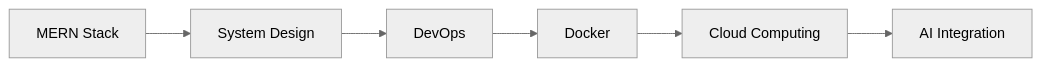
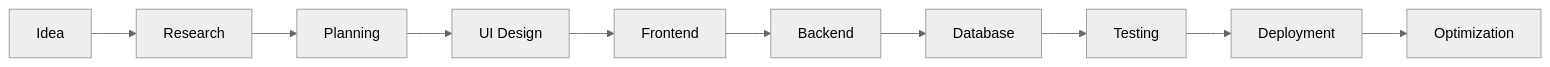
The first of 3 diagrams in README.md (abubakar0320/abubakar0320), drawn with Mermaid (neutral theme) before and after one commit. The commit also changed other lines of this file, not shown here.

````diff
--- a/README.md
+++ b/README.md
@@ -126,9 +110,13 @@
 ```mermaid
-graph LR
+flowchart LR
 
-A[MERN Stack] --> B[System Design]
-B --> C[DevOps]
-C --> D[Docker]
-D --> E[Cloud Computing]
-E --> F[AI Integration]
+A[Idea] --> B[Research]
+B --> C[Planning]
+C --> D[UI Design]
+D --> E[Frontend]
+E --> F[Backend]
+F --> G[Database]
+G --> H[Testing]
+H --> I[Deployment]
+I --> J[Optimization]
 ```
````
